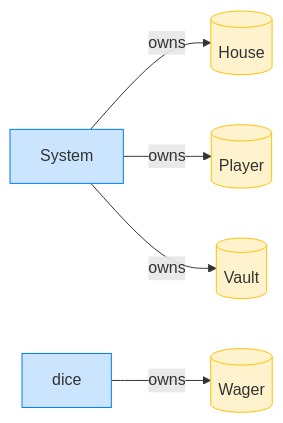
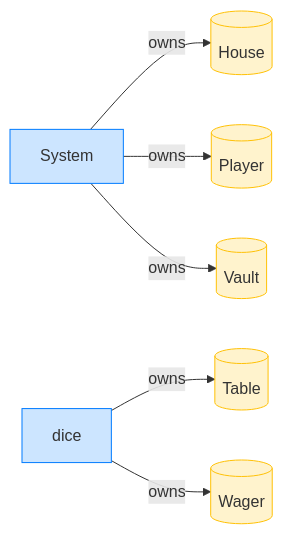
The third of 3 diagrams in dogfood/report/switched-preimage.md (cds-turbin3/builder-05-no-fair-dice), drawn with Mermaid before and after one commit. The commit also changed other lines of this file and 12 other files, not shown here.

````diff
--- a/dogfood/report/switched-preimage.md
+++ b/dogfood/report/switched-preimage.md
@@ -55,15 +57,17 @@
 ```mermaid
 flowchart LR
     classDef owner fill:#cce5ff,stroke:#007bff;
     classDef account fill:#fff3cd,stroke:#ffc107;
     System[System]:::owner
     House[(House)]:::account
     Player[(Player)]:::account
     Vault[(Vault)]:::account
     dice[dice]:::owner
+    Table[(Table)]:::account
     Wager[(Wager)]:::account
     System -->|owns| House
     System -->|owns| Player
     System -->|owns| Vault
+    dice -->|owns| Table
     dice -->|owns| Wager
 ```
````
